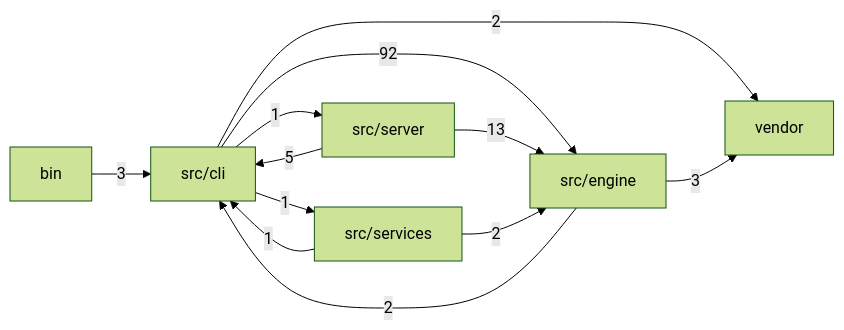
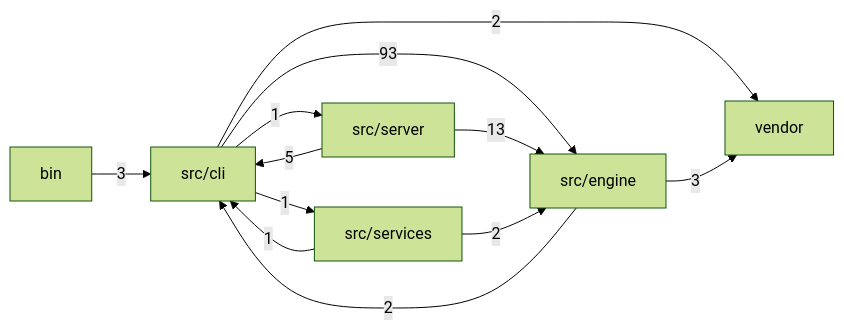
Before and after one commit to mgillr/memev: the first of 2 diagrams in docs/MODULES.md, drawn with Mermaid (forest theme). The commit also changed other lines of this file, not shown here.

````diff
--- a/docs/MODULES.md
+++ b/docs/MODULES.md
@@ -11,20 +11,20 @@
 ```mermaid
 flowchart LR
   bin["bin"]
   cli["src/cli"]
   engine["src/engine"]
   server["src/server"]
   services["src/services"]
   vendor["vendor"]
   bin -->|"3"| cli
-  cli -->|"92"| engine
+  cli -->|"93"| engine
   cli -->|"1"| server
   cli -->|"1"| services
   cli -->|"2"| vendor
   engine -->|"2"| cli
   engine -->|"3"| vendor
   server -->|"5"| cli
   server -->|"13"| engine
   services -->|"1"| cli
   services -->|"2"| engine
 ```
````
